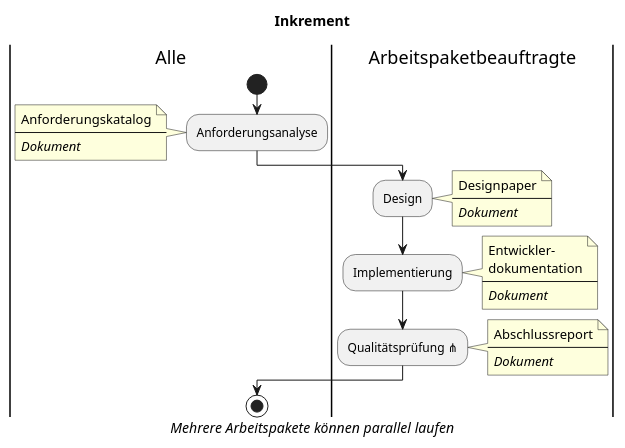
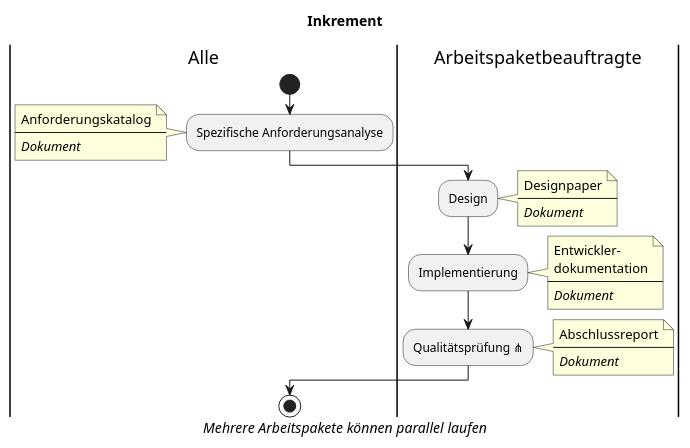
Before and after one commit to SoftwareEngineeringOne/wiki: the third of 4 diagrams in wiki/topics/Inkremente/00/Entwicklungsplan.md, drawn with PlantUML. The commit also changed 1 other file, not shown here.

Commit message:
fix: update wording in diagram

````diff
--- a/wiki/topics/Inkremente/00/Entwicklungsplan.md
+++ b/wiki/topics/Inkremente/00/Entwicklungsplan.md
@@ -176,38 +176,38 @@
 ```plantuml
 @startuml 
 title Inkrement
 |Alle|
 start
 
-:Anforderungsanalyse;
+:Spezifische Anforderungsanalyse;
 note left
     Anforderungskatalog
     ----
     <i>Dokument</i>
 end note
 |Arbeitspaketbeauftragte|
 :Design;
 note right
     Designpaper
     ----
     <i>Dokument</i>
 end note
 :Implementierung;
 note right
     Entwickler-
     dokumentation
     ----
     <i>Dokument</i>
 end note
 |Arbeitspaketbeauftragte|
 :Qualitätsprüfung ⋔;
 note right
     Abschlussreport
     ----
     <i>Dokument</i>
 end note
 |Alle|
 stop
 caption <i>Mehrere Arbeitspakete können parallel laufen</i>
 @enduml
 ```
````
